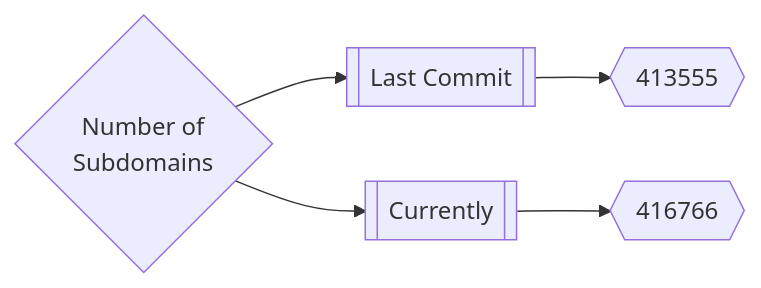
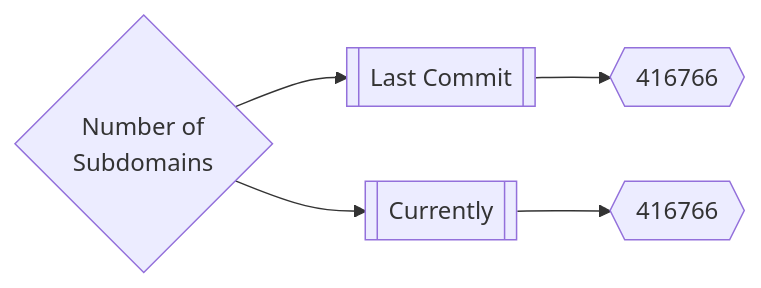
The first of 3 diagrams in README.md (trickest/inventory), drawn with Mermaid before and after one commit.

Commit message:
Update Sat Mar 12 04:38:29 UTC 2022

````diff
--- a/README.md
+++ b/README.md
@@ -165,5 +165,5 @@
 ```mermaid
 graph LR
-title{Number of<br>Subdomains} --> subdomainsDate1[[Last Commit]] --> subdomainsNum1{{413555}}
+title{Number of<br>Subdomains} --> subdomainsDate1[[Last Commit]] --> subdomainsNum1{{416766}}
 title --> subdomainsDate2[[Currently]] --> subdomainsNum2{{416766}}
 ```
````
